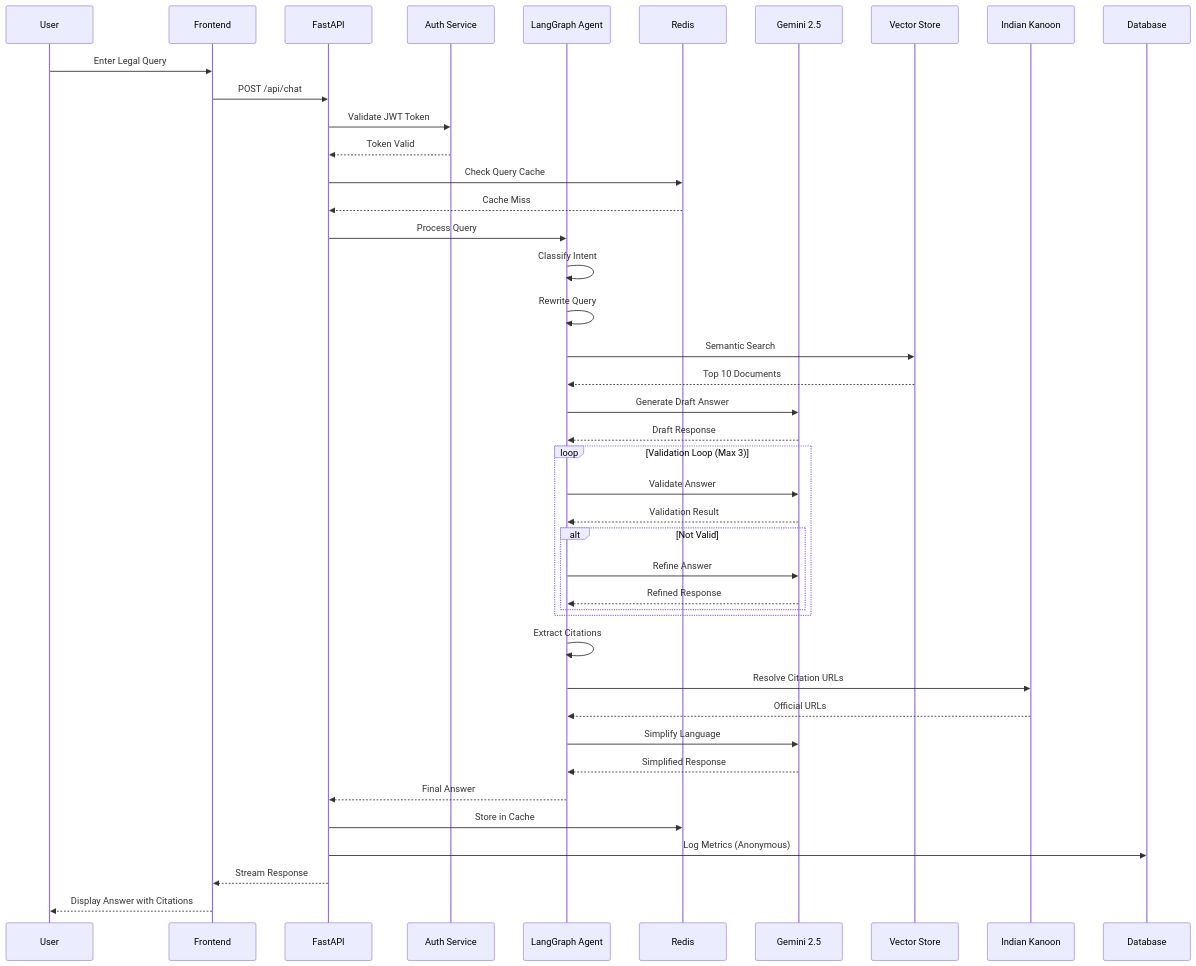
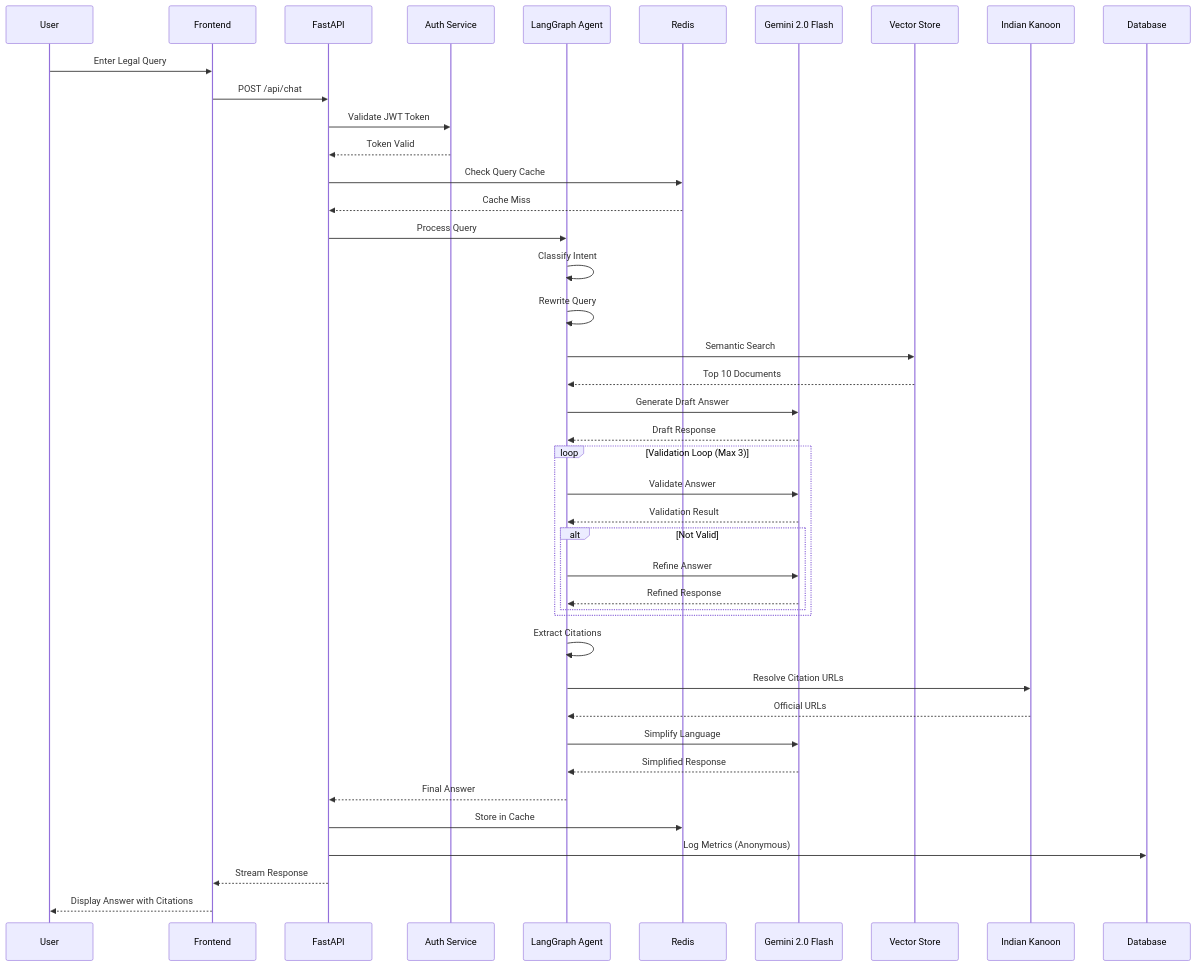
One commit to vinay-arni20/NyayamGPT changed the third of 5 diagrams in README.md. Above: the diagram before and after it, drawn with Mermaid. The commit also changed other lines of this file and 77 other files, not shown here.

````diff
--- a/README.md
+++ b/README.md
@@ -261,54 +280,54 @@
 ```mermaid
 sequenceDiagram
     participant U as User
     participant F as Frontend
     participant API as FastAPI
     participant Auth as Auth Service
     participant Agent as LangGraph Agent
     participant Cache as Redis
-    participant LLM as Gemini 2.5
+    participant LLM as Gemini 2.0 Flash
     participant VS as Vector Store
     participant IK as Indian Kanoon
     participant DB as Database
     
     U->>F: Enter Legal Query
     F->>API: POST /api/chat
     API->>Auth: Validate JWT Token
     Auth-->>API: Token Valid
     
     API->>Cache: Check Query Cache
     Cache-->>API: Cache Miss
     
     API->>Agent: Process Query
     
     Agent->>Agent: Classify Intent
     Agent->>Agent: Rewrite Query
     
     Agent->>VS: Semantic Search
     VS-->>Agent: Top 10 Documents
     
     Agent->>LLM: Generate Draft Answer
     LLM-->>Agent: Draft Response
     
     loop Validation Loop (Max 3)
         Agent->>LLM: Validate Answer
         LLM-->>Agent: Validation Result
         alt Not Valid
             Agent->>LLM: Refine Answer
             LLM-->>Agent: Refined Response
         end
     end
     
     Agent->>Agent: Extract Citations
     Agent->>IK: Resolve Citation URLs
     IK-->>Agent: Official URLs
     
     Agent->>LLM: Simplify Language
     LLM-->>Agent: Simplified Response
     
     Agent-->>API: Final Answer
     API->>Cache: Store in Cache
     API->>DB: Log Metrics (Anonymous)
     API-->>F: Stream Response
     F-->>U: Display Answer with Citations
 ```
````
